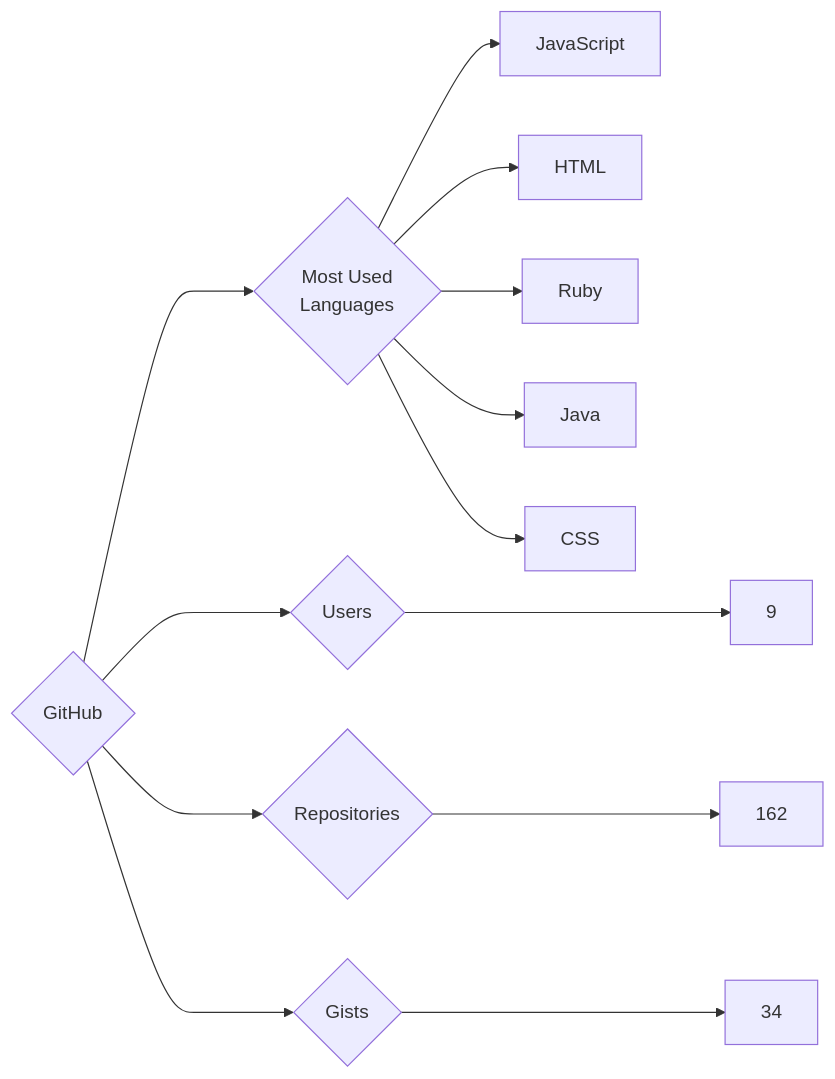
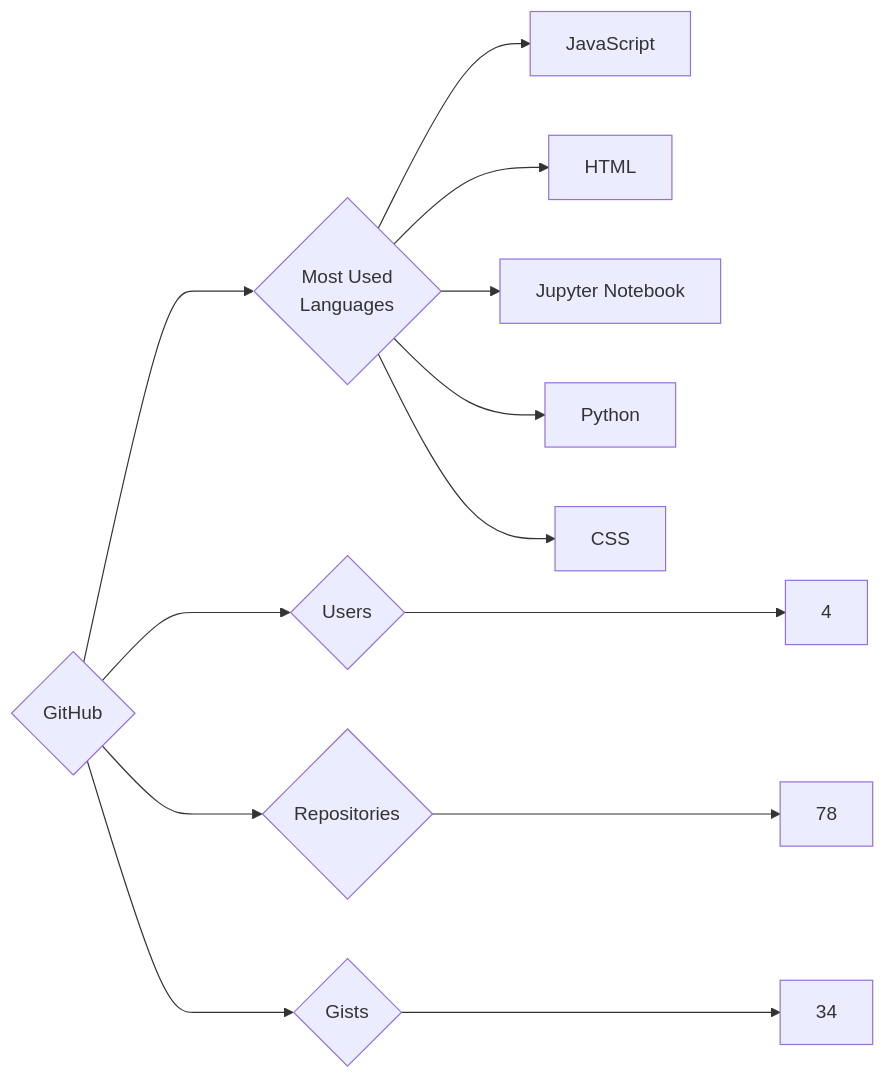
The diagram in targets/GitHub/README.md (trickest/insiders), drawn with Mermaid before and after one commit. The commit also changed 1003 other files, not shown here.

````diff
--- a/targets/GitHub/README.md
+++ b/targets/GitHub/README.md
@@ -3,13 +3,13 @@
 ```mermaid
 graph LR
 COMPANY_NAME{GitHub}
-COMPANY_NAME ---> U{Users} ---> UN[9]
-COMPANY_NAME ---> R{Repositories} ---> RN[162]
+COMPANY_NAME ---> U{Users} ---> UN[4]
+COMPANY_NAME ---> R{Repositories} ---> RN[78]
 COMPANY_NAME ---> G{Gists} ---> GN[34]
 COMPANY_NAME ---> ML{Most Used<br>Languages}
 ML --> JavaScript[JavaScript]
 ML --> HTML[HTML]
-ML --> Ruby[Ruby]
-ML --> Java[Java]
+ML --> Jupyter_Notebook[Jupyter Notebook]
+ML --> Python[Python]
 ML --> CSS[CSS]
 ```
````
